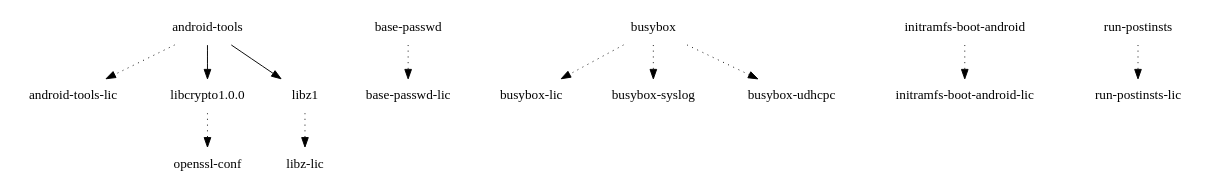
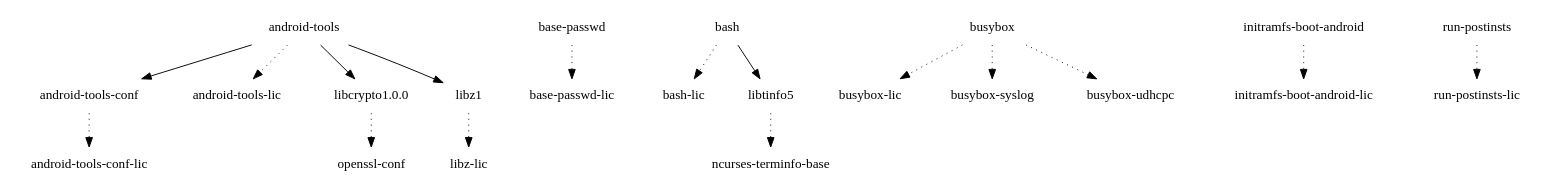
One commit to webOS-ports/buildhistory changed the diagram in images/grouper/eglibc/initramfs-android-image/depends-nokernel-nolibc-noupdate.dot. Above: the diagram before and after it, drawn with Graphviz. The commit also changed 10 other files, not shown here.

```diff
--- a/images/grouper/eglibc/initramfs-android-image/depends-nokernel-nolibc-noupdate.dot
+++ b/images/grouper/eglibc/initramfs-android-image/depends-nokernel-nolibc-noupdate.dot
@@ -1,14 +1,19 @@
 digraph depends {
     node [shape=plaintext]
+"android-tools" -> "android-tools-conf";
 "android-tools" -> "android-tools-lic" [style=dotted];
 "android-tools" -> "libcrypto1.0.0";
 "android-tools" -> "libz1";
+"android-tools-conf" -> "android-tools-conf-lic" [style=dotted];
 "base-passwd" -> "base-passwd-lic" [style=dotted];
+"bash" -> "bash-lic" [style=dotted];
+"bash" -> "libtinfo5";
 "busybox" -> "busybox-lic" [style=dotted];
 "busybox" -> "busybox-syslog" [style=dotted];
 "busybox" -> "busybox-udhcpc" [style=dotted];
 "initramfs-boot-android" -> "initramfs-boot-android-lic" [style=dotted];
 "libcrypto1.0.0" -> "openssl-conf" [style=dotted];
+"libtinfo5" -> "ncurses-terminfo-base" [style=dotted];
 "libz1" -> "libz-lic" [style=dotted];
 "run-postinsts" -> "run-postinsts-lic" [style=dotted];
 }
```
